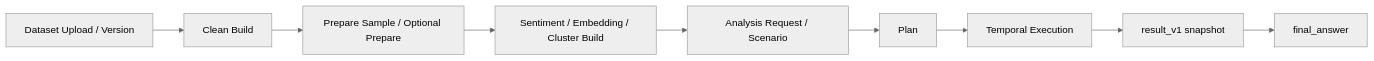
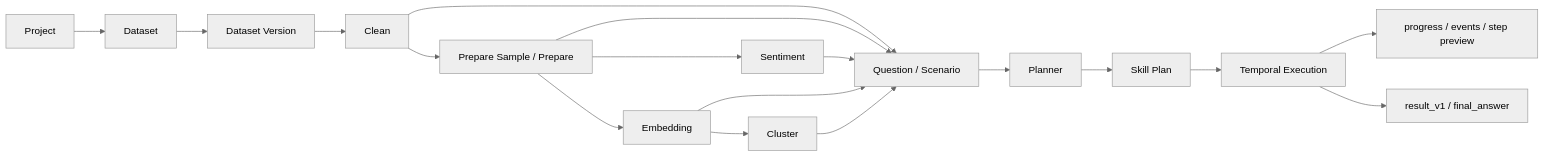
One commit to squirrelabbit/analysis-agent-platform changed the diagram in README.md. Above: the diagram before and after it, drawn with Mermaid (neutral theme). The commit also changed other lines of this file and 19 other files, not shown here.

````diff
--- a/README.md
+++ b/README.md
@@ -15,11 +76,20 @@
 ```mermaid
 flowchart LR
-    A["Dataset Upload / Version"] --> B["Clean Build"]
-    B --> C["Prepare Sample / Optional Prepare"]
-    C --> D["Sentiment / Embedding / Cluster Build"]
-    D --> E["Analysis Request / Scenario"]
-    E --> F["Plan"]
-    F --> G["Temporal Execution"]
-    G --> H["result_v1 snapshot"]
-    H --> I["final_answer"]
+    A["Project"] --> B["Dataset"]
+    B --> C["Dataset Version"]
+    C --> D["Clean"]
+    D --> E["Prepare Sample / Prepare"]
+    E --> F1["Sentiment"]
+    E --> F2["Embedding"]
+    F2 --> F3["Cluster"]
+    D --> G["Question / Scenario"]
+    E --> G
+    F1 --> G
+    F2 --> G
+    F3 --> G
+    G --> H["Planner"]
+    H --> I["Skill Plan"]
+    I --> J["Temporal Execution"]
+    J --> K["progress / events / step preview"]
+    J --> L["result_v1 / final_answer"]
 ```
````
